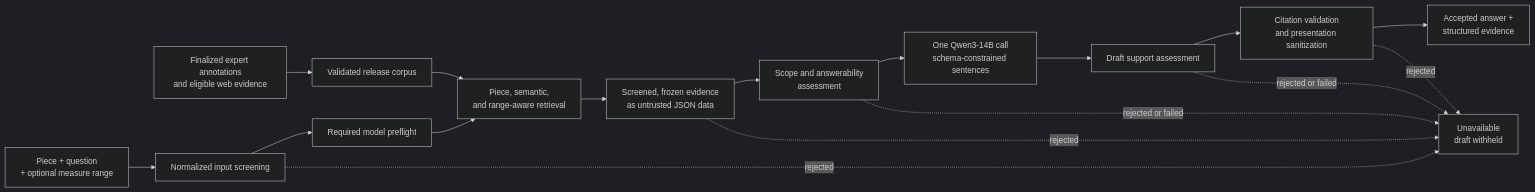
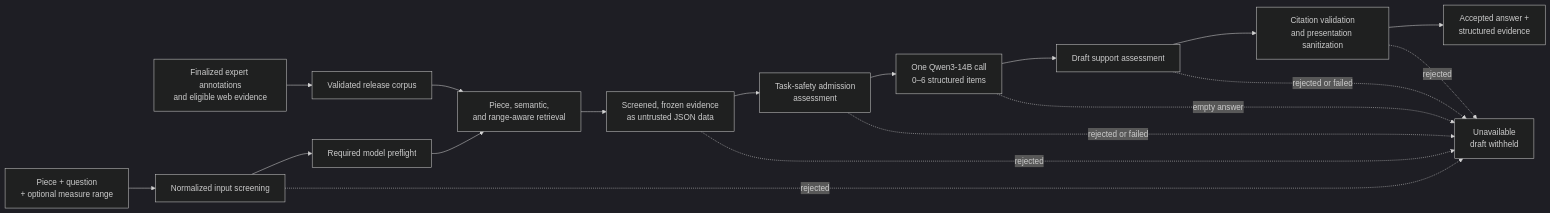
Before and after one commit to minigb/soprano-qa-rag-system: the diagram in docs/rag-llm-pipeline-method.md, drawn with Mermaid (dark theme). The commit also changed other lines of this file and 122 other files, not shown here.

````diff
--- a/docs/rag-llm-pipeline-method.md
+++ b/docs/rag-llm-pipeline-method.md
@@ -16,26 +18,27 @@
 ```mermaid
 flowchart LR
     A["Finalized expert annotations<br/>and eligible web evidence"]
     B["Validated release corpus"]
     C["Piece + question<br/>+ optional measure range"]
     S["Normalized input screening"]
     P["Required model preflight"]
     D["Piece, semantic,<br/>and range-aware retrieval"]
     E["Screened, frozen evidence<br/>as untrusted JSON data"]
-    V["Scope and answerability<br/>assessment"]
-    F["One Qwen3-14B call<br/>schema-constrained sentences"]
+    V["Task-safety admission<br/>assessment"]
+    F["One Qwen3-14B call<br/>0–6 structured items"]
     O["Draft support assessment"]
     G["Citation validation<br/>and presentation sanitization"]
     H["Accepted answer +<br/>structured evidence"]
     U["Unavailable<br/>draft withheld"]
 
     A --> B
     C --> S --> P --> D
     B --> D
     D --> E --> V --> F --> O --> G --> H
     S -. rejected .-> U
     E -. rejected .-> U
     V -. rejected or failed .-> U
+    F -. empty answer .-> U
     O -. rejected or failed .-> U
     G -. rejected .-> U
 ```
````
